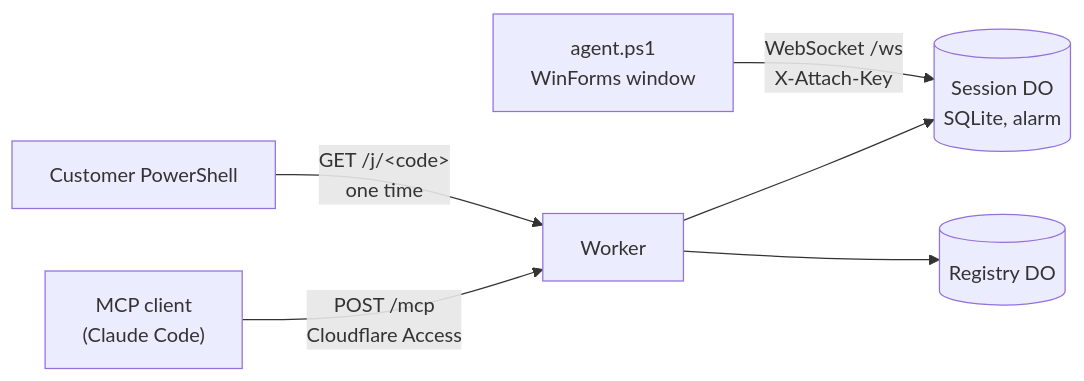
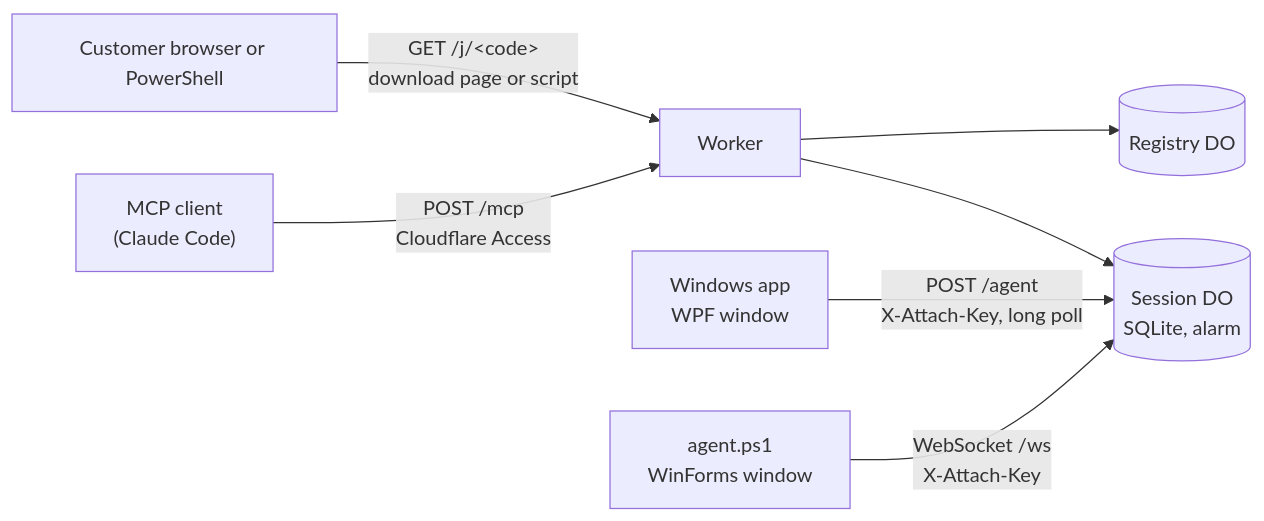
Before and after one commit to SUKARDADDY/Support-MCP: the third of 3 diagrams in README.md, drawn with Mermaid. The commit also changed other lines of this file and 16 other files, not shown here.

First line of the commit message:
Replace the PowerShell paste with a downloadable support app (#3)

````diff
--- a/README.md
+++ b/README.md
@@ -137,8 +220,9 @@
 ```mermaid
 flowchart LR
   Op["MCP client<br/>(Claude Code)"] -- "POST /mcp<br/>Cloudflare Access" --> W[Worker]
-  Cust["Customer PowerShell"] -- "GET /j/&lt;code&gt;<br/>one time" --> W
+  Cust["Customer browser or PowerShell"] -- "GET /j/&lt;code&gt;<br/>download page or script" --> W
   W --> S[("Session DO<br/>SQLite, alarm")]
   W --> R[("Registry DO")]
+  App["Windows app<br/>WPF window"] -- "POST /agent<br/>X-Attach-Key, long poll" --> S
   A["agent.ps1<br/>WinForms window"] -- "WebSocket /ws<br/>X-Attach-Key" --> S
 ```
````
